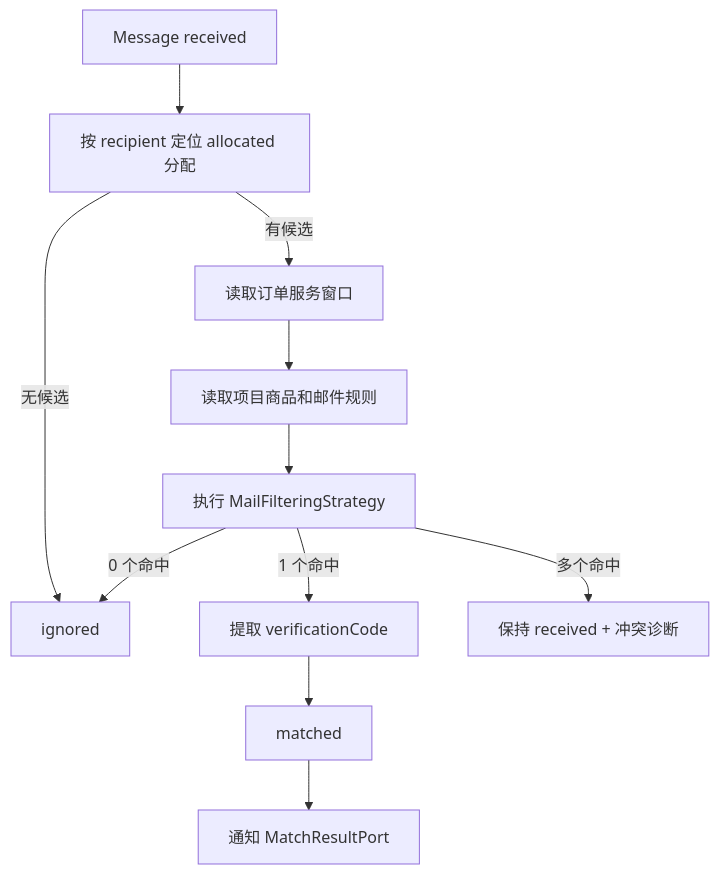
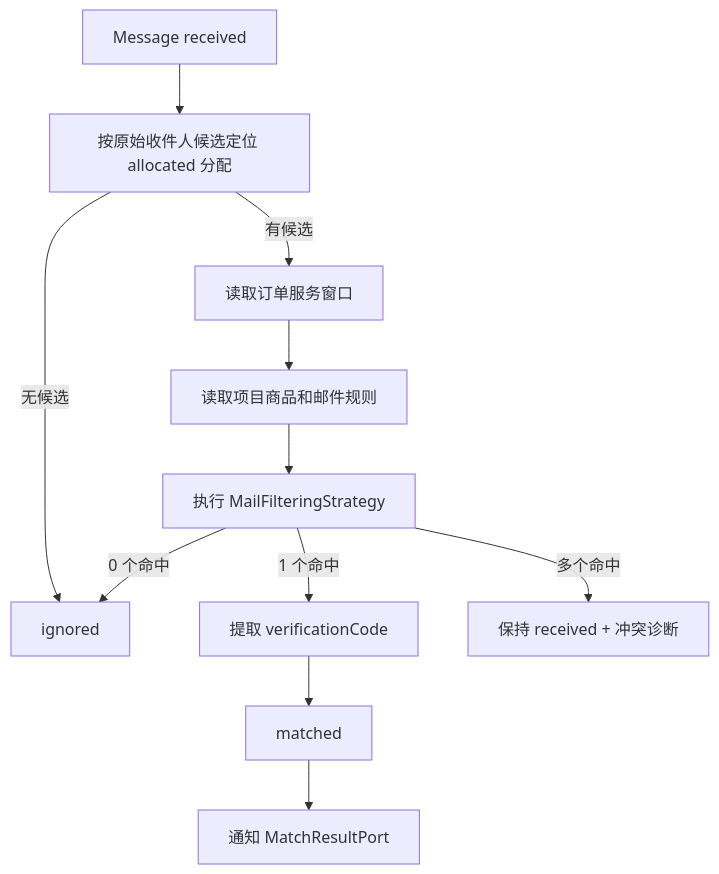
The second of 2 diagrams in docs/4-mailmatch-real-service.md (donnel666/remail), drawn with Mermaid before and after one commit. The commit also changed other lines of this file and 36 other files, not shown here.

````diff
--- a/docs/4-mailmatch-real-service.md
+++ b/docs/4-mailmatch-real-service.md
@@ -63,13 +65,13 @@
 ```mermaid
 flowchart TD
-    M[Message received] --> R[按 recipient 定位 allocated 分配]
+    M[Message received] --> R[按原始收件人候选定位 allocated 分配]
     R -->|无候选| I[ignored]
     R -->|有候选| O[读取订单服务窗口]
     O --> P[读取项目商品和邮件规则]
     P --> F[执行 MailFilteringStrategy]
     F -->|0 个命中| I
     F -->|1 个命中| C[提取 verificationCode]
     F -->|多个命中| K[保持 received + 冲突诊断]
     C --> S[matched]
     S --> T[通知 MatchResultPort]
 ```
````
